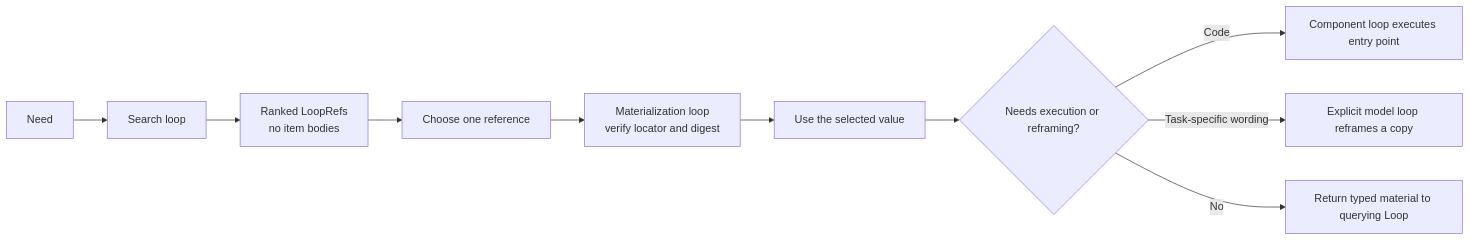
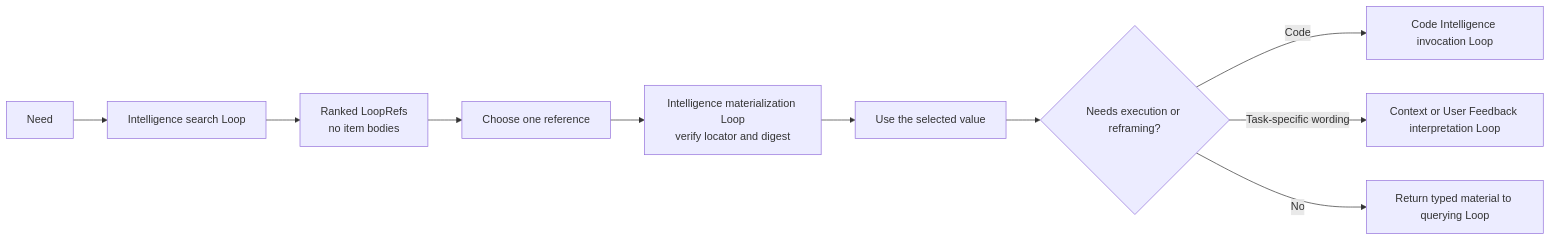
Before and after one commit to alisonjieli-png/loop-engine: the diagram in docs/components/intelligence-layers/INTELLIGENCE-AS-LOOPS.md, drawn with Mermaid. The commit also changed other lines of this file and 35 other files, not shown here.

Commit message:
docs: align taxonomy with canonical Loop architecture

````diff
--- a/docs/components/intelligence-layers/INTELLIGENCE-AS-LOOPS.md
+++ b/docs/components/intelligence-layers/INTELLIGENCE-AS-LOOPS.md
@@ -10,12 +10,12 @@
 ```mermaid
 flowchart LR
-    N[Need] --> S[Search loop]
+    N[Need] --> S[Intelligence search Loop]
     S --> R[Ranked LoopRefs<br/>no item bodies]
     R --> C[Choose one reference]
-    C --> M[Materialization loop<br/>verify locator and digest]
+    C --> M[Intelligence materialization Loop<br/>verify locator and digest]
     M --> U[Use the selected value]
     U --> X{Needs execution or reframing?}
-    X -->|Code| E[Component loop executes entry point]
-    X -->|Task-specific wording| F[Explicit model loop reframes a copy]
+    X -->|Code| E[Code Intelligence invocation Loop]
+    X -->|Task-specific wording| F[Context or User Feedback interpretation Loop]
     X -->|No| D[Return typed material to querying Loop]
 ```
````
